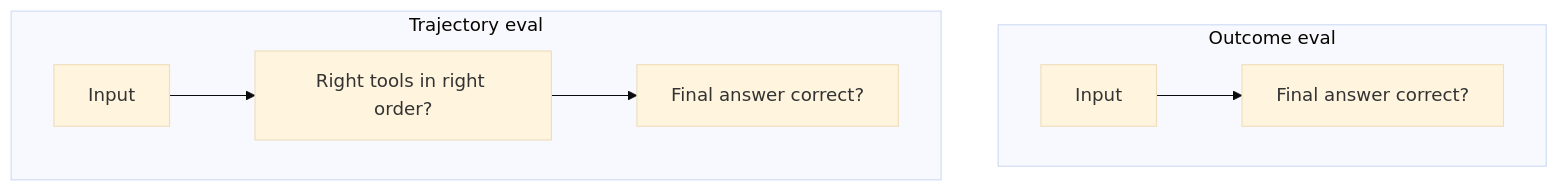
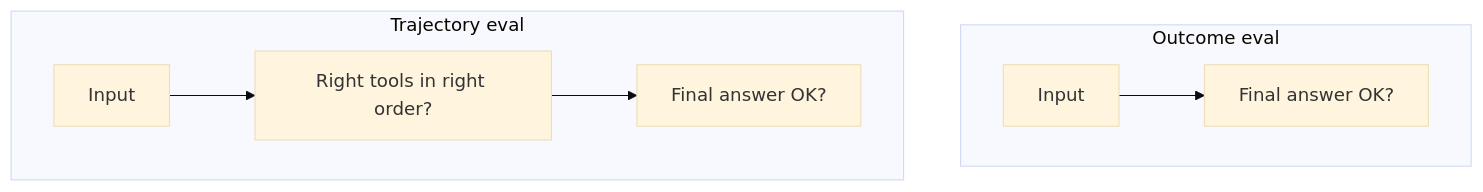
One commit to codevoks/Learning changed the diagram in AI/AI Development/modules/10-evals-llmops/MODULE.md. Above: the diagram before and after it, drawn with Mermaid (base theme). The commit also changed other lines of this file and 32 other files, not shown here.

````diff
--- a/AI/AI Development/modules/10-evals-llmops/MODULE.md
+++ b/AI/AI Development/modules/10-evals-llmops/MODULE.md
@@ -79,10 +144,10 @@
 ```mermaid
 flowchart TB
     subgraph outcome["Outcome eval"]
-        Q[Input] --> Final[Final answer correct?]
+        Q1[Input] --> F1[Final answer OK?]
     end
     subgraph trajectory["Trajectory eval"]
-        Q2[Input] --> Steps[Right tools in right order?]
-        Steps --> Final2[Final answer correct?]
+        Q2[Input] --> S2[Right tools in right order?]
+        S2 --> F2[Final answer OK?]
     end
 ```
````
